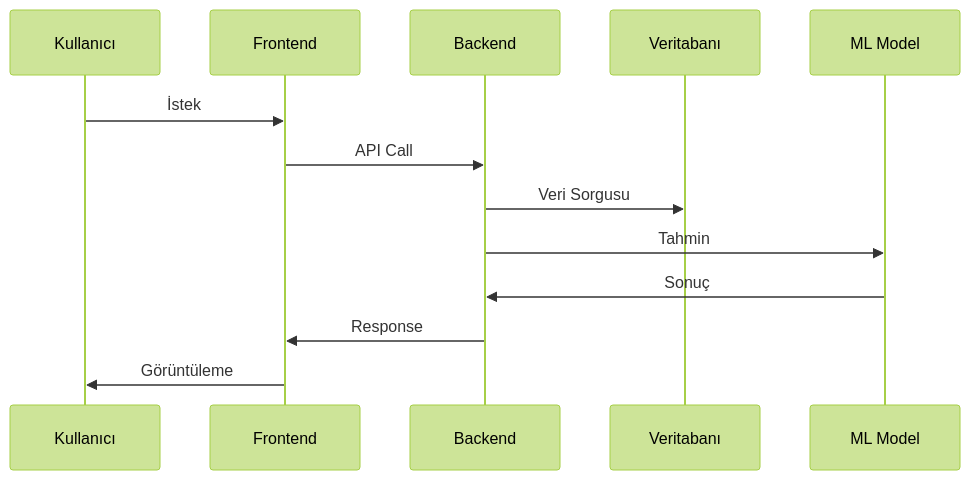
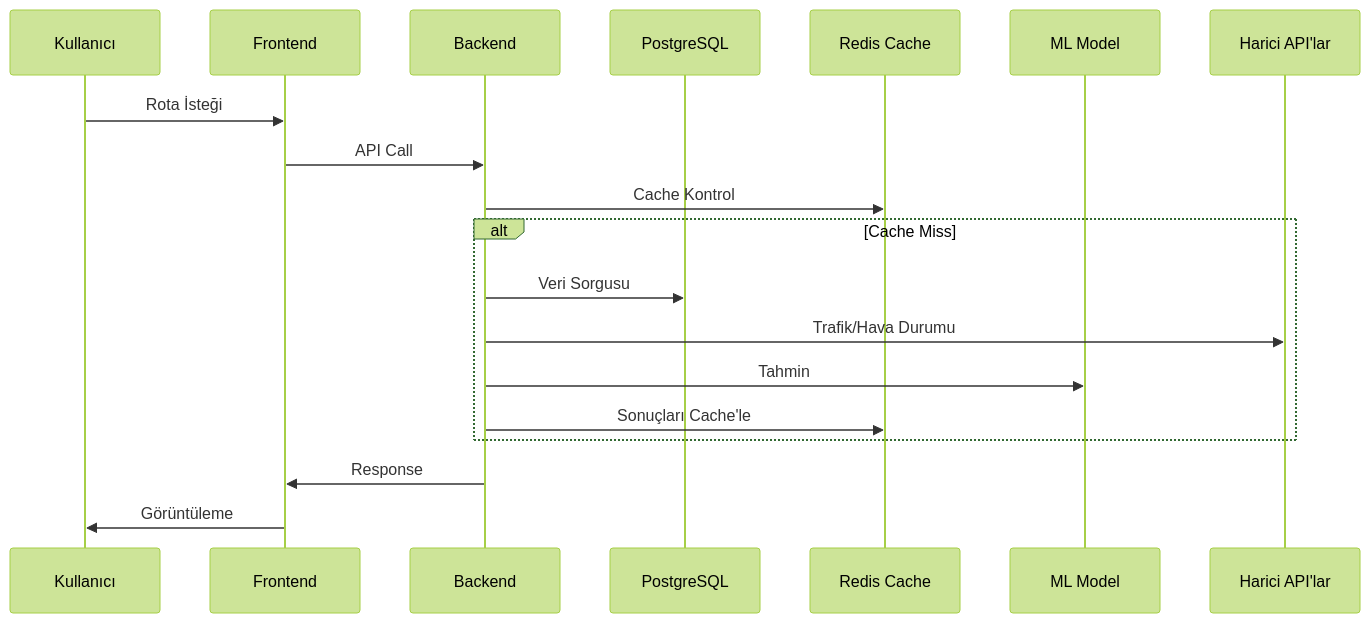
One commit to LaZzaran/smart-traffic-ai changed the second of 4 diagrams in ROADMAP.md. Above: the diagram before and after it, drawn with Mermaid (forest theme). The commit also changed other lines of this file and 11 other files, not shown here.

````diff
--- a/ROADMAP.md
+++ b/ROADMAP.md
@@ -83,16 +111,22 @@
 ```mermaid
 sequenceDiagram
     participant U as Kullanıcı
     participant F as Frontend
     participant B as Backend
-    participant DB as Veritabanı
+    participant DB as PostgreSQL
+    participant C as Redis Cache
     participant ML as ML Model
+    participant API as Harici API'lar
     
-    U->>F: İstek
+    U->>F: Rota İsteği
     F->>B: API Call
-    B->>DB: Veri Sorgusu
-    B->>ML: Tahmin
-    ML->>B: Sonuç
+    B->>C: Cache Kontrol
+    alt Cache Miss
+        B->>DB: Veri Sorgusu
+        B->>API: Trafik/Hava Durumu
+        B->>ML: Tahmin
+        B->>C: Sonuçları Cache'le
+    end
     B->>F: Response
     F->>U: Görüntüleme
 ```
````
